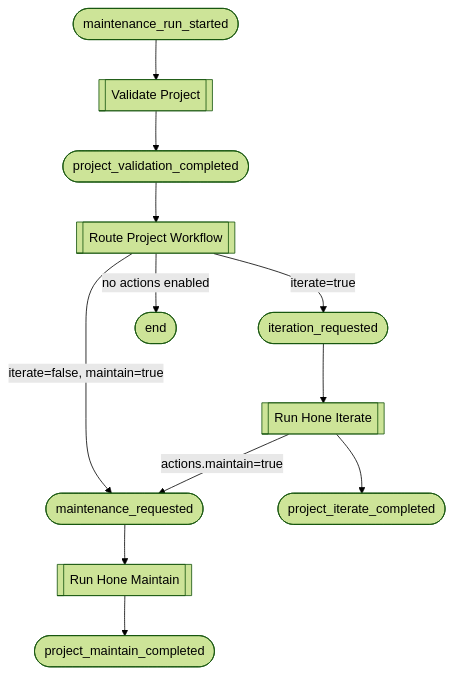
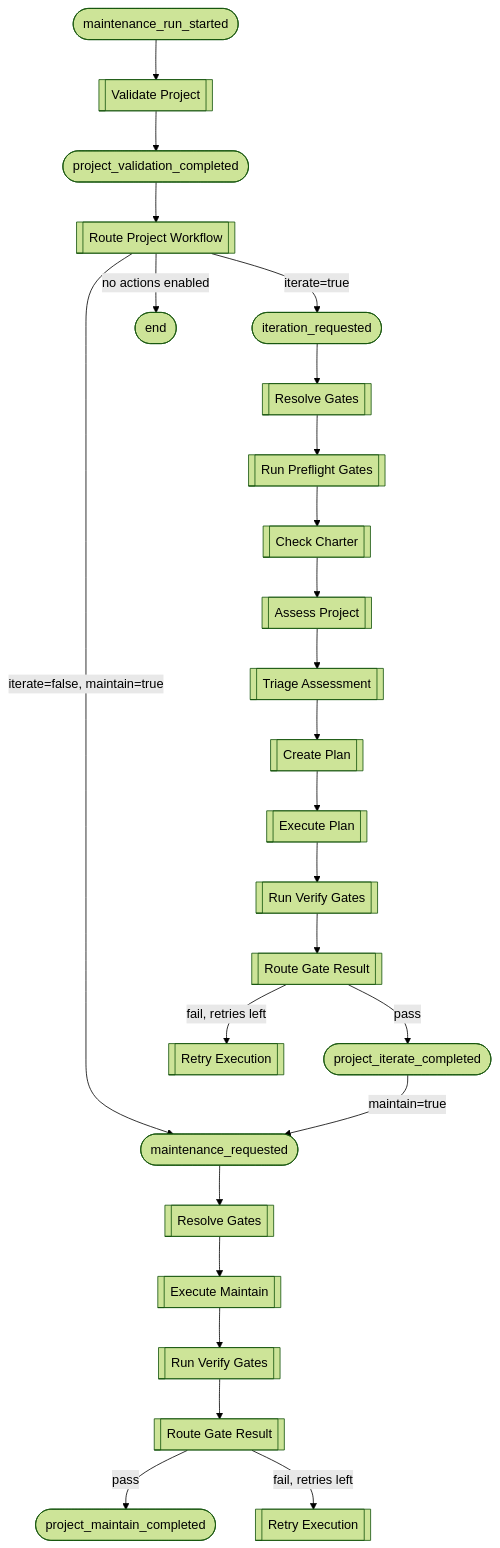
One commit to svetzal/foundry changed the diagram in book/src/guide/maintenance-workflow.md. Above: the diagram before and after it, drawn with Mermaid (forest theme). The commit also changed other lines of this file and 17 other files, not shown here.

````diff
--- a/book/src/guide/maintenance-workflow.md
+++ b/book/src/guide/maintenance-workflow.md
@@ -14,14 +14,27 @@
 ```mermaid
 flowchart TD
     A([maintenance_run_started]) --> B[[Validate Project]]
     B --> C([project_validation_completed])
     C --> D[[Route Project Workflow]]
     D -->|iterate=true| E([iteration_requested])
     D -->|iterate=false, maintain=true| F([maintenance_requested])
     D -->|no actions enabled| G([end])
-    E --> H[[Run Hone Iterate]]
-    H --> I([project_iterate_completed])
-    H -->|actions.maintain=true| F
-    F --> J[[Run Hone Maintain]]
-    J --> K([project_maintain_completed])
+    E --> H[[Resolve Gates]]
+    H --> I[[Run Preflight Gates]]
+    I --> J[[Check Charter]]
+    J --> K[[Assess Project]]
+    K --> L[[Triage Assessment]]
+    L --> M[[Create Plan]]
+    M --> N[[Execute Plan]]
+    N --> O[[Run Verify Gates]]
+    O --> P[[Route Gate Result]]
+    P -->|pass| Q([project_iterate_completed])
+    P -->|fail, retries left| R[[Retry Execution]]
+    Q -->|maintain=true| F
+    F --> S[[Resolve Gates]]
+    S --> T[[Execute Maintain]]
+    T --> U[[Run Verify Gates]]
+    U --> V[[Route Gate Result]]
+    V -->|pass| W([project_maintain_completed])
+    V -->|fail, retries left| X[[Retry Execution]]
 ```
````
